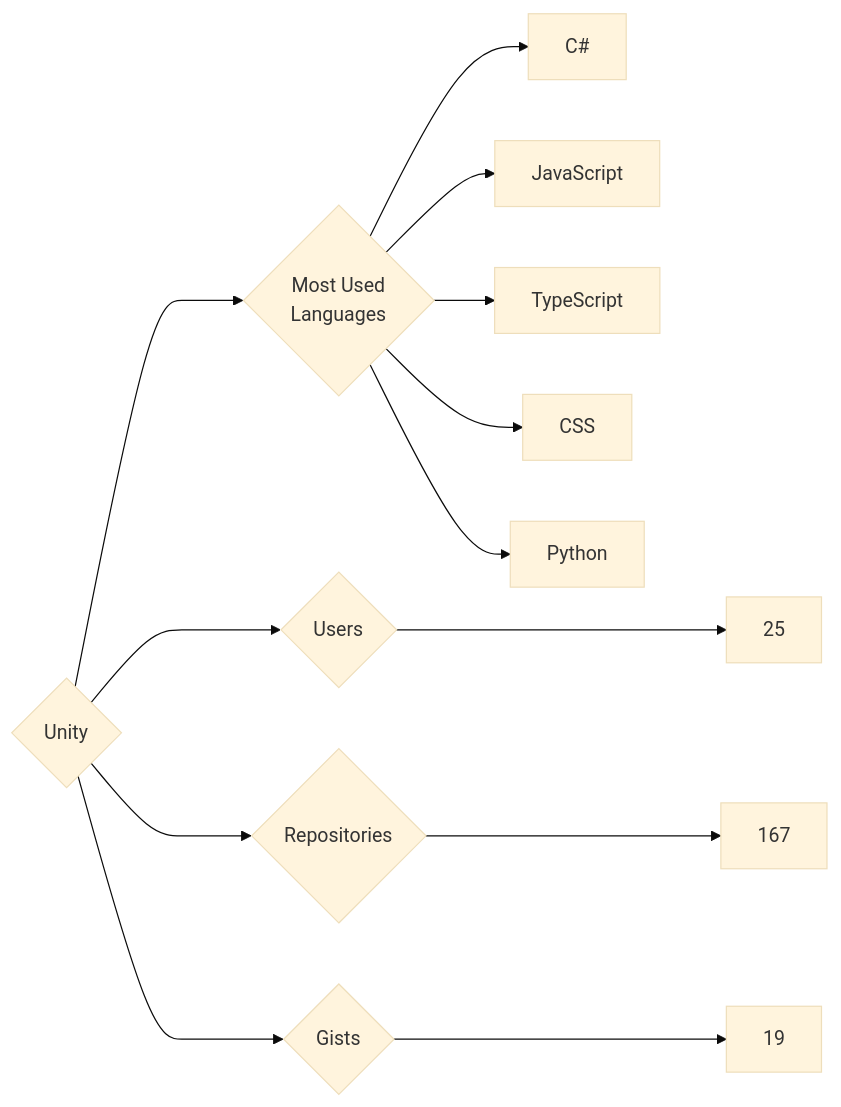
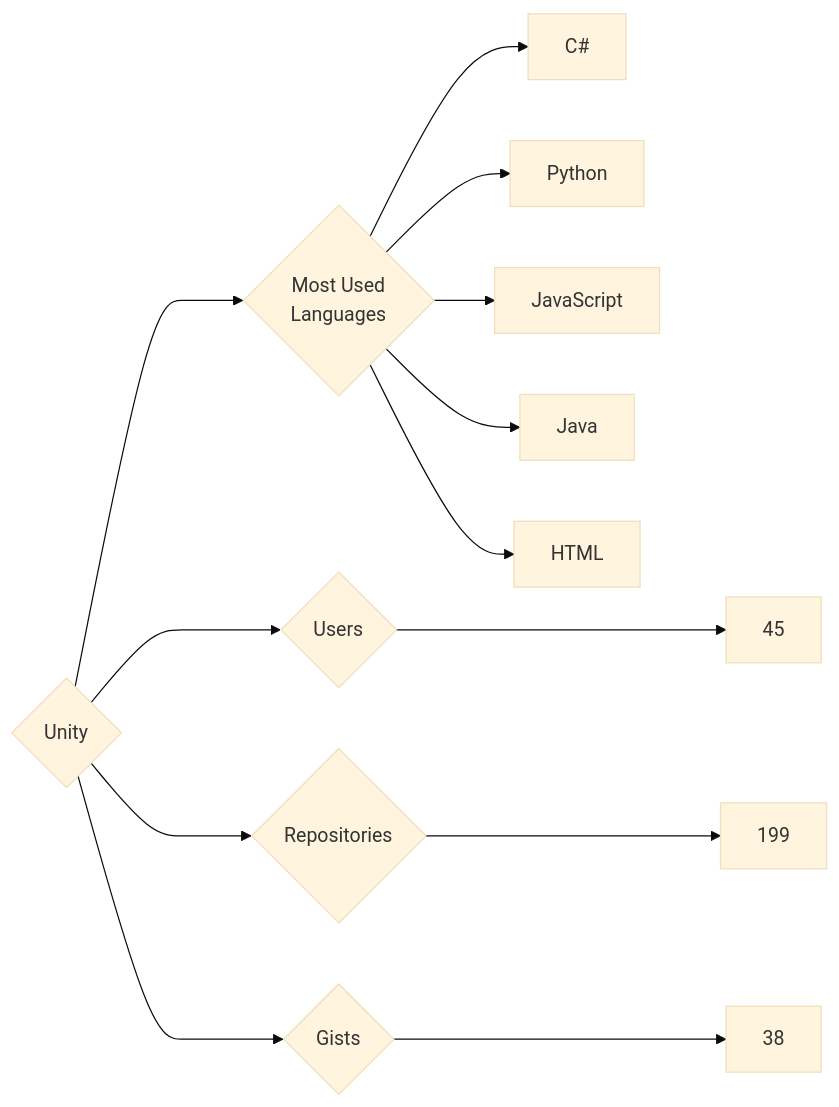
Before and after one commit to trickest/insiders: the diagram in targets/Unity/README.md, drawn with Mermaid (base theme). The commit also changed 695 other files, not shown here.

````diff
--- a/targets/Unity/README.md
+++ b/targets/Unity/README.md
@@ -3,13 +3,13 @@
 ```mermaid
 graph LR
 COMPANY_NAME{Unity}
-COMPANY_NAME ---> U{Users} ---> UN[25]
-COMPANY_NAME ---> R{Repositories} ---> RN[167]
-COMPANY_NAME ---> G{Gists} ---> GN[19]
+COMPANY_NAME ---> U{Users} ---> UN[45]
+COMPANY_NAME ---> R{Repositories} ---> RN[199]
+COMPANY_NAME ---> G{Gists} ---> GN[38]
 COMPANY_NAME ---> ML{Most Used<br>Languages}
 ML --> C#[C#]
+ML --> Python[Python]
 ML --> JavaScript[JavaScript]
-ML --> TypeScript[TypeScript]
-ML --> CSS[CSS]
-ML --> Python[Python]
+ML --> Java[Java]
+ML --> HTML[HTML]
 ```
````
